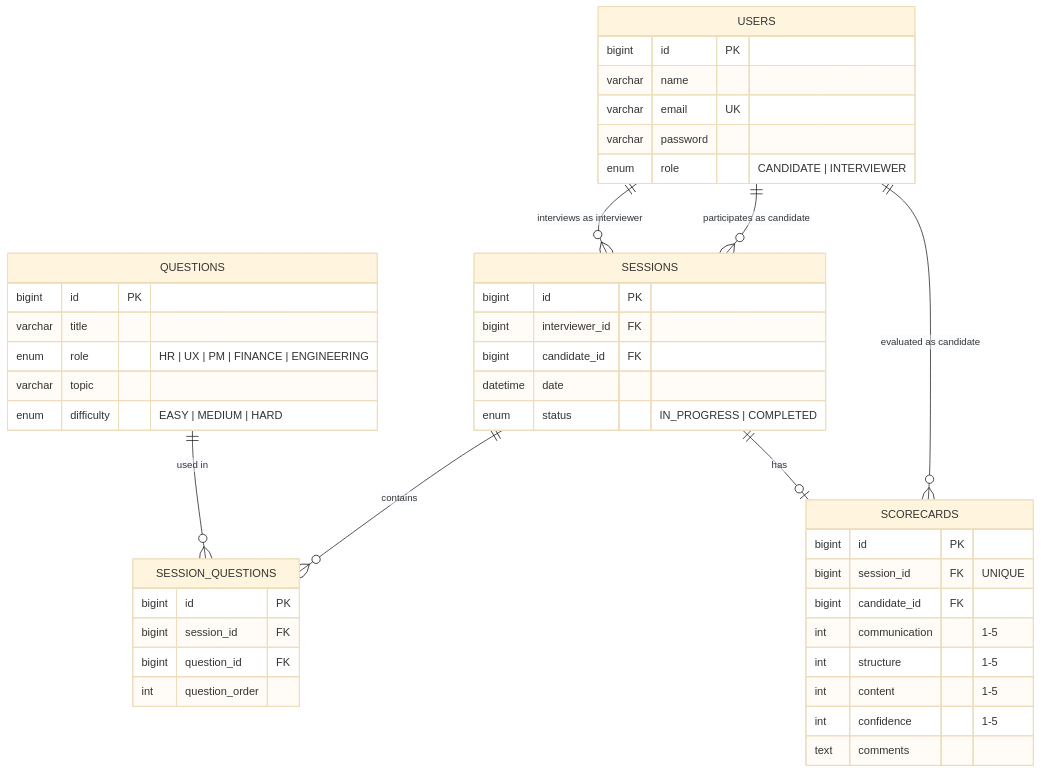
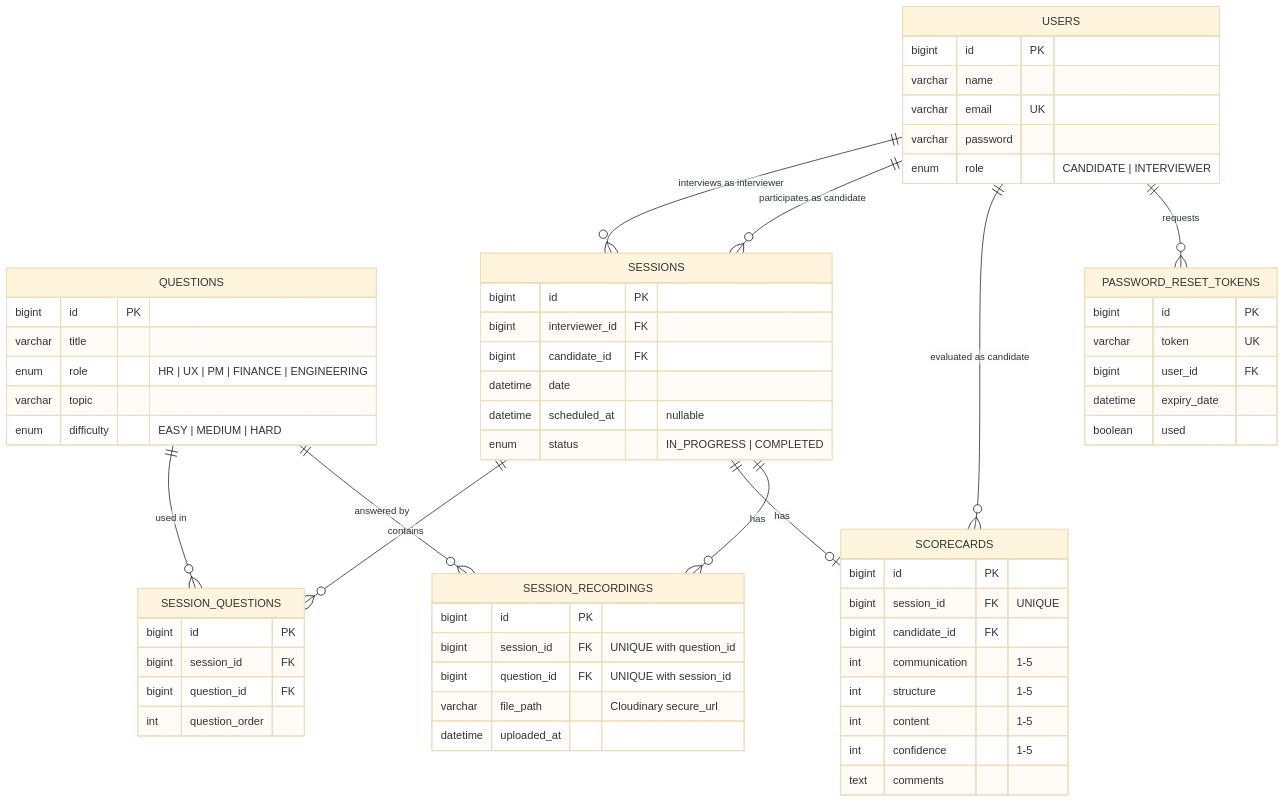
One commit to nishika6/talenteval changed the diagram in talenteval/docs/database/er-diagram.md. Above: the diagram before and after it, drawn with Mermaid (base theme). The commit also changed other lines of this file and 16 other files, not shown here.

````diff
--- a/talenteval/docs/database/er-diagram.md
+++ b/talenteval/docs/database/er-diagram.md
@@ -5,51 +5,71 @@
 ```mermaid
 erDiagram
     USERS {
         bigint id PK
         varchar name
         varchar email UK
         varchar password
         enum role "CANDIDATE | INTERVIEWER"
     }
 
     QUESTIONS {
         bigint id PK
         varchar title
         enum role "HR | UX | PM | FINANCE | ENGINEERING"
         varchar topic
         enum difficulty "EASY | MEDIUM | HARD"
     }
 
     SESSIONS {
         bigint id PK
         bigint interviewer_id FK
         bigint candidate_id FK
         datetime date
+        datetime scheduled_at "nullable"
         enum status "IN_PROGRESS | COMPLETED"
     }
 
     SESSION_QUESTIONS {
         bigint id PK
         bigint session_id FK
         bigint question_id FK
         int question_order
     }
 
     SCORECARDS {
         bigint id PK
         bigint session_id FK "UNIQUE"
         bigint candidate_id FK
         int communication "1-5"
         int structure "1-5"
         int content "1-5"
         int confidence "1-5"
         text comments
     }
 
+    SESSION_RECORDINGS {
+        bigint id PK
+        bigint session_id FK "UNIQUE with question_id"
+        bigint question_id FK "UNIQUE with session_id"
+        varchar file_path "Cloudinary secure_url"
+        datetime uploaded_at
+    }
+
+    PASSWORD_RESET_TOKENS {
+        bigint id PK
+        varchar token UK
+        bigint user_id FK
+        datetime expiry_date
+        boolean used
+    }
+
     USERS ||--o{ SESSIONS : "interviews as interviewer"
     USERS ||--o{ SESSIONS : "participates as candidate"
     SESSIONS ||--o{ SESSION_QUESTIONS : "contains"
     QUESTIONS ||--o{ SESSION_QUESTIONS : "used in"
     SESSIONS ||--o| SCORECARDS : "has"
     USERS ||--o{ SCORECARDS : "evaluated as candidate"
+    SESSIONS ||--o{ SESSION_RECORDINGS : "has"
+    QUESTIONS ||--o{ SESSION_RECORDINGS : "answered by"
+    USERS ||--o{ PASSWORD_RESET_TOKENS : "requests"
 ```
````
